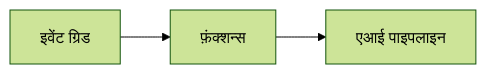
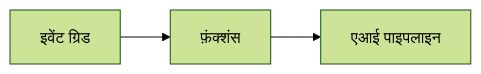
Before and after one commit to microsoft/AZD-for-beginners: the second of 2 diagrams in translations/hi/docs/chapter-08-production/README.md, drawn with Mermaid (forest theme). The commit also changed other lines of this file and 101 other files, not shown here.

````diff
--- a/translations/hi/docs/chapter-08-production/README.md
+++ b/translations/hi/docs/chapter-08-production/README.md
@@ -54,4 +56,4 @@
 ```mermaid
 graph LR
-    EventGrid[इवेंट ग्रिड] --> Functions[फ़ंक्शन्स] --> Pipeline[एआई पाइपलाइन]
+    EventGrid[इवेंट ग्रिड] --> Functions[फ़ंक्शंस] --> Pipeline[एआई पाइपलाइन]
 ```
````
